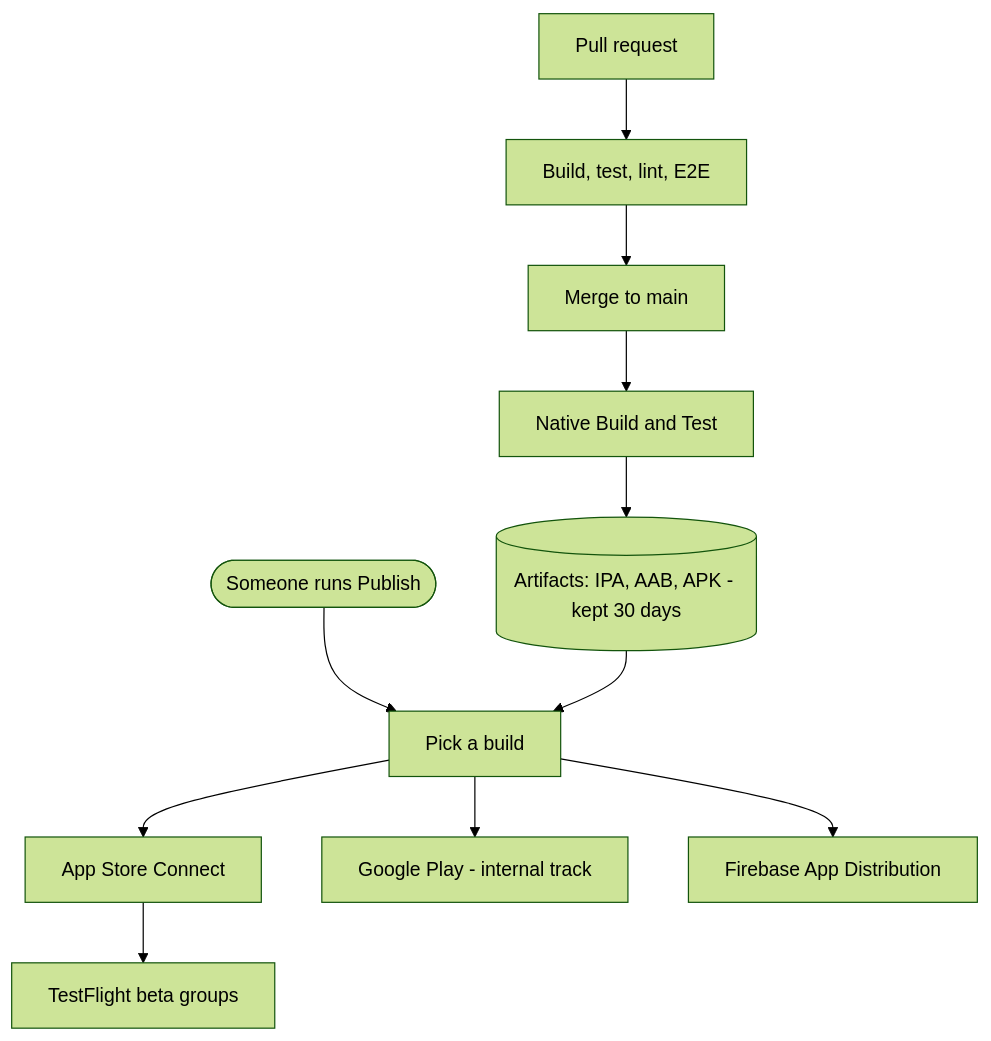
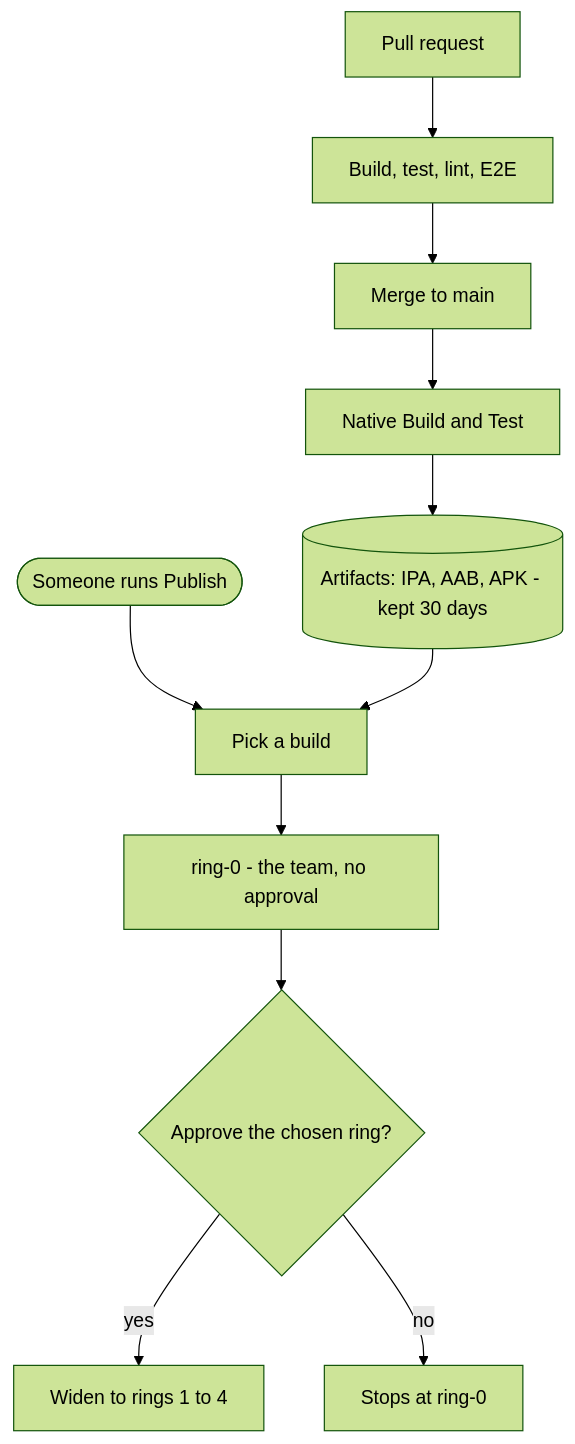
Before and after one commit to bcgov/bc-wallet-mobile: the diagram in docs/ci-cd.md, drawn with Mermaid (forest theme). The commit also changed other lines of this file and 20 other files, not shown here.

````diff
--- a/docs/ci-cd.md
+++ b/docs/ci-cd.md
@@ -9,14 +9,14 @@
 ```mermaid
 flowchart TD
     PR[Pull request] --> Q[Build, test, lint, E2E]
     Q --> M[Merge to main]
     M --> B[Native Build and Test]
     B --> A[(Artifacts: IPA, AAB, APK - kept 30 days)]
 
     H([Someone runs Publish]) --> R[Pick a build]
     A --> R
-    R --> ASC[App Store Connect]
-    R --> GP[Google Play - internal track]
-    R --> FB[Firebase App Distribution]
-    ASC --> TF[TestFlight beta groups]
+    R --> R0[ring-0 - the team, no approval]
+    R0 --> AP{Approve the chosen ring?}
+    AP -->|yes| W[Widen to rings 1 to 4]
+    AP -->|no| S[Stops at ring-0]
 ```
````
